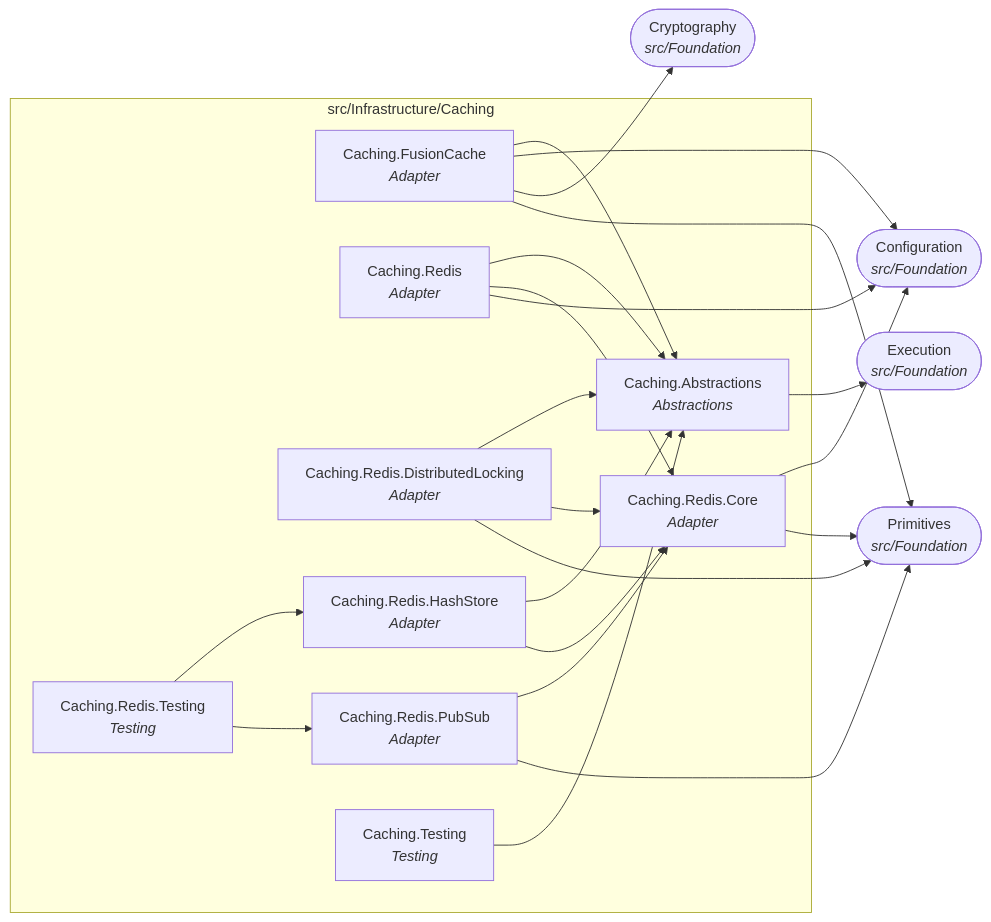
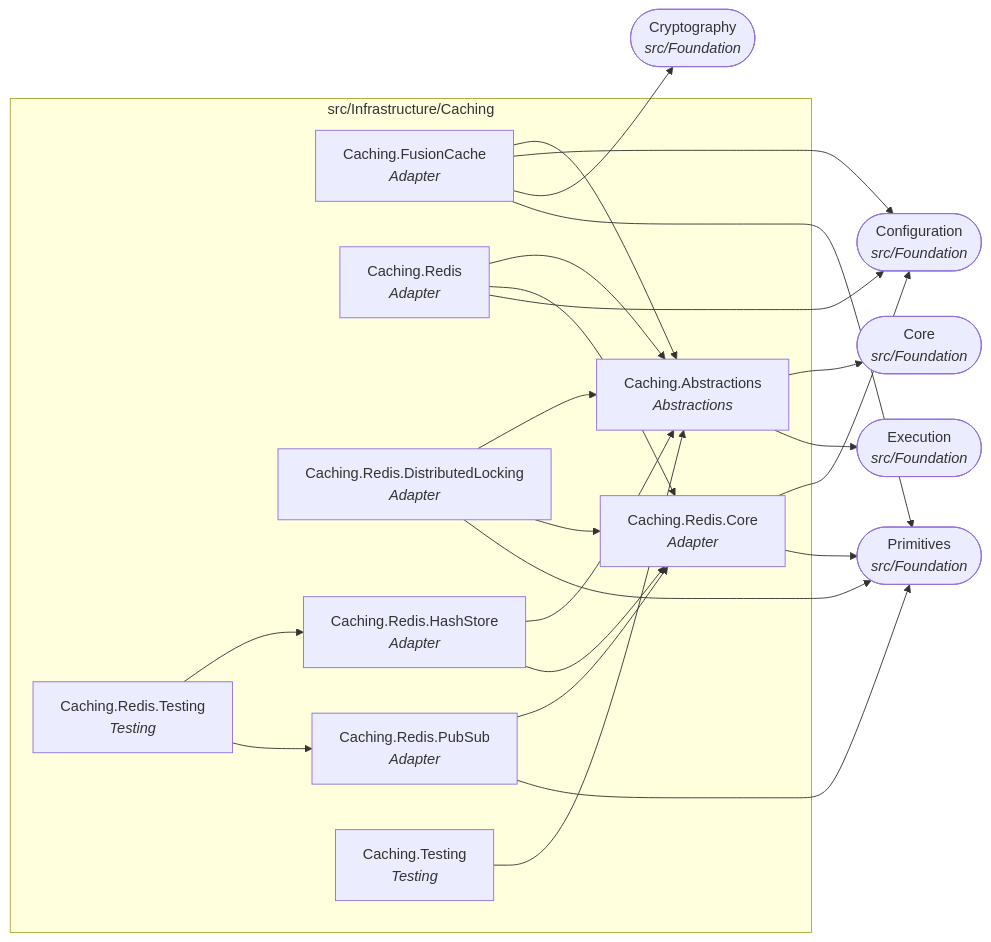
Before and after one commit to Gresta-Vertex-Labs/platform-shared-kernel: the eighth of 22 diagrams in docs/dependency-graph.md, drawn with Mermaid. The commit also changed other lines of this file and 1494 other files, not shown here.

````diff
--- a/docs/dependency-graph.md
+++ b/docs/dependency-graph.md
@@ -316,38 +323,40 @@
 ```mermaid
 flowchart LR
   subgraph folder_src_Infrastructure_Caching["src/Infrastructure/Caching"]
     SharedKernel_Caching_Abstractions["Caching.Abstractions<br/><i>Abstractions</i>"]
     SharedKernel_Caching_FusionCache["Caching.FusionCache<br/><i>Adapter</i>"]
     SharedKernel_Caching_Redis["Caching.Redis<br/><i>Adapter</i>"]
     SharedKernel_Caching_Redis_Core["Caching.Redis.Core<br/><i>Adapter</i>"]
     SharedKernel_Caching_Redis_DistributedLocking["Caching.Redis.DistributedLocking<br/><i>Adapter</i>"]
     SharedKernel_Caching_Redis_HashStore["Caching.Redis.HashStore<br/><i>Adapter</i>"]
     SharedKernel_Caching_Redis_PubSub["Caching.Redis.PubSub<br/><i>Adapter</i>"]
     SharedKernel_Caching_Redis_Testing["Caching.Redis.Testing<br/><i>Testing</i>"]
     SharedKernel_Caching_Testing["Caching.Testing<br/><i>Testing</i>"]
   end
   SharedKernel_Configuration(["Configuration<br/><i>src/Foundation</i>"])
+  SharedKernel_Core(["Core<br/><i>src/Foundation</i>"])
   SharedKernel_Cryptography(["Cryptography<br/><i>src/Foundation</i>"])
   SharedKernel_Execution(["Execution<br/><i>src/Foundation</i>"])
   SharedKernel_Primitives(["Primitives<br/><i>src/Foundation</i>"])
+  SharedKernel_Caching_Abstractions --> SharedKernel_Core
   SharedKernel_Caching_Abstractions --> SharedKernel_Execution
   SharedKernel_Caching_FusionCache --> SharedKernel_Caching_Abstractions
   SharedKernel_Caching_FusionCache --> SharedKernel_Configuration
   SharedKernel_Caching_FusionCache --> SharedKernel_Cryptography
   SharedKernel_Caching_FusionCache --> SharedKernel_Primitives
   SharedKernel_Caching_Redis --> SharedKernel_Caching_Abstractions
   SharedKernel_Caching_Redis --> SharedKernel_Caching_Redis_Core
   SharedKernel_Caching_Redis --> SharedKernel_Configuration
   SharedKernel_Caching_Redis_Core --> SharedKernel_Configuration
   SharedKernel_Caching_Redis_Core --> SharedKernel_Primitives
   SharedKernel_Caching_Redis_DistributedLocking --> SharedKernel_Caching_Abstractions
   SharedKernel_Caching_Redis_DistributedLocking --> SharedKernel_Caching_Redis_Core
   SharedKernel_Caching_Redis_DistributedLocking --> SharedKernel_Primitives
   SharedKernel_Caching_Redis_HashStore --> SharedKernel_Caching_Abstractions
   SharedKernel_Caching_Redis_HashStore --> SharedKernel_Caching_Redis_Core
   SharedKernel_Caching_Redis_PubSub --> SharedKernel_Caching_Redis_Core
   SharedKernel_Caching_Redis_PubSub --> SharedKernel_Primitives
   SharedKernel_Caching_Redis_Testing --> SharedKernel_Caching_Redis_HashStore
   SharedKernel_Caching_Redis_Testing --> SharedKernel_Caching_Redis_PubSub
   SharedKernel_Caching_Testing --> SharedKernel_Caching_Abstractions
 ```
````
